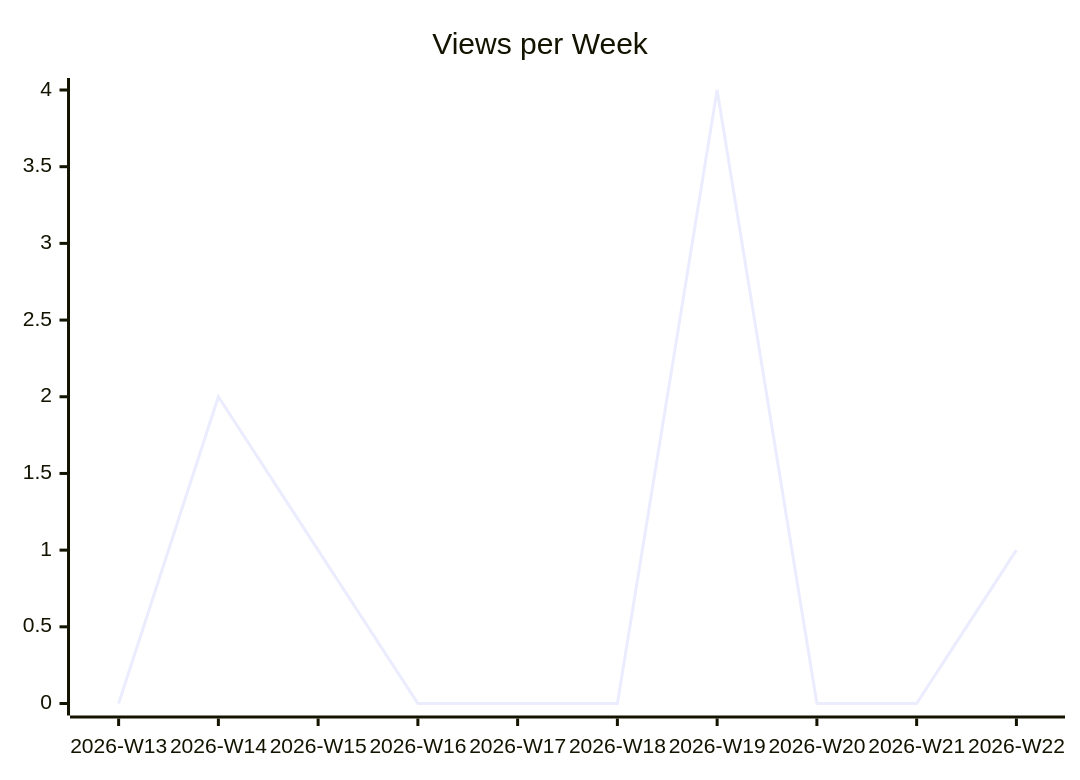
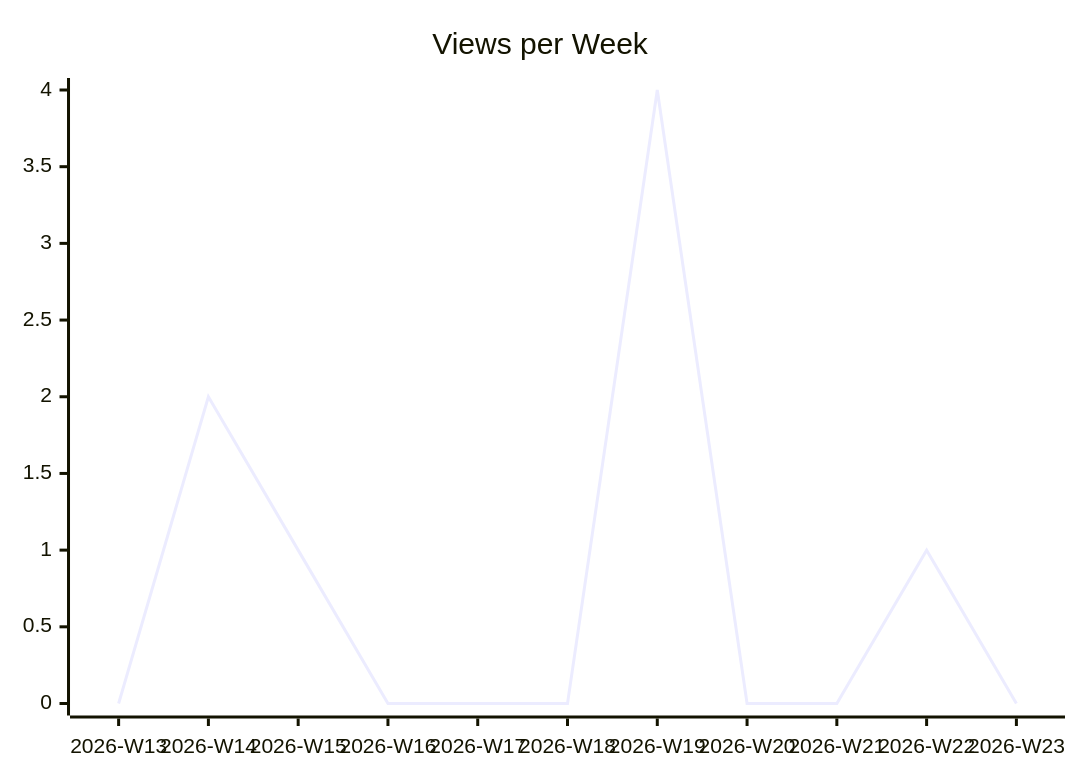
One commit to justdavis-family/github-analytics-data changed the second of 3 diagrams in karlmdavis/justdavis-ansible/README.md. Above: the diagram before and after it, drawn with Mermaid. The commit also changed other lines of this file and 186 other files, not shown here.

````diff
--- a/karlmdavis/justdavis-ansible/README.md
+++ b/karlmdavis/justdavis-ansible/README.md
@@ -12,6 +12,6 @@
 ```mermaid
 xychart-beta
   title "Views per Week"
-  x-axis ["2026-W13", "2026-W14", "2026-W15", "2026-W16", "2026-W17", "2026-W18", "2026-W19", "2026-W20", "2026-W21", "2026-W22"]
-  line [0, 2, 1, 0, 0, 0, 4, 0, 0, 1]
+  x-axis ["2026-W13", "2026-W14", "2026-W15", "2026-W16", "2026-W17", "2026-W18", "2026-W19", "2026-W20", "2026-W21", "2026-W22", "2026-W23"]
+  line [0, 2, 1, 0, 0, 0, 4, 0, 0, 1, 0]
 ```
````
